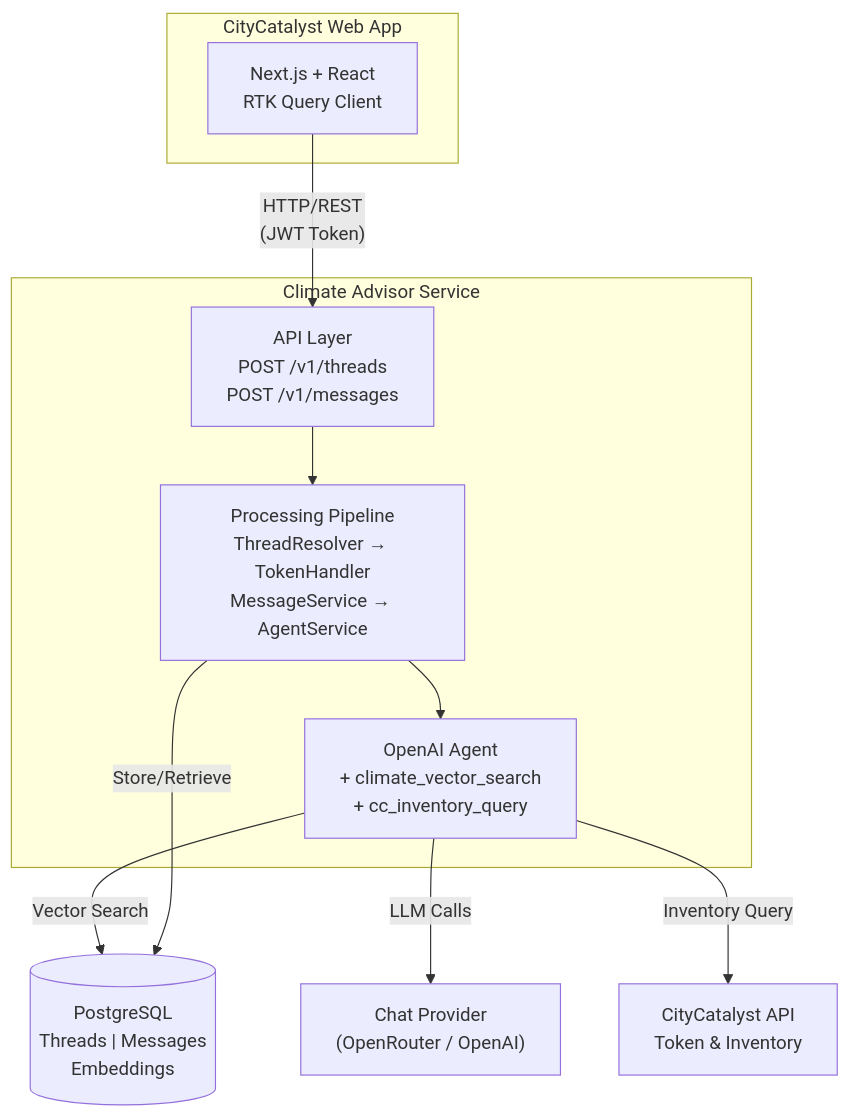
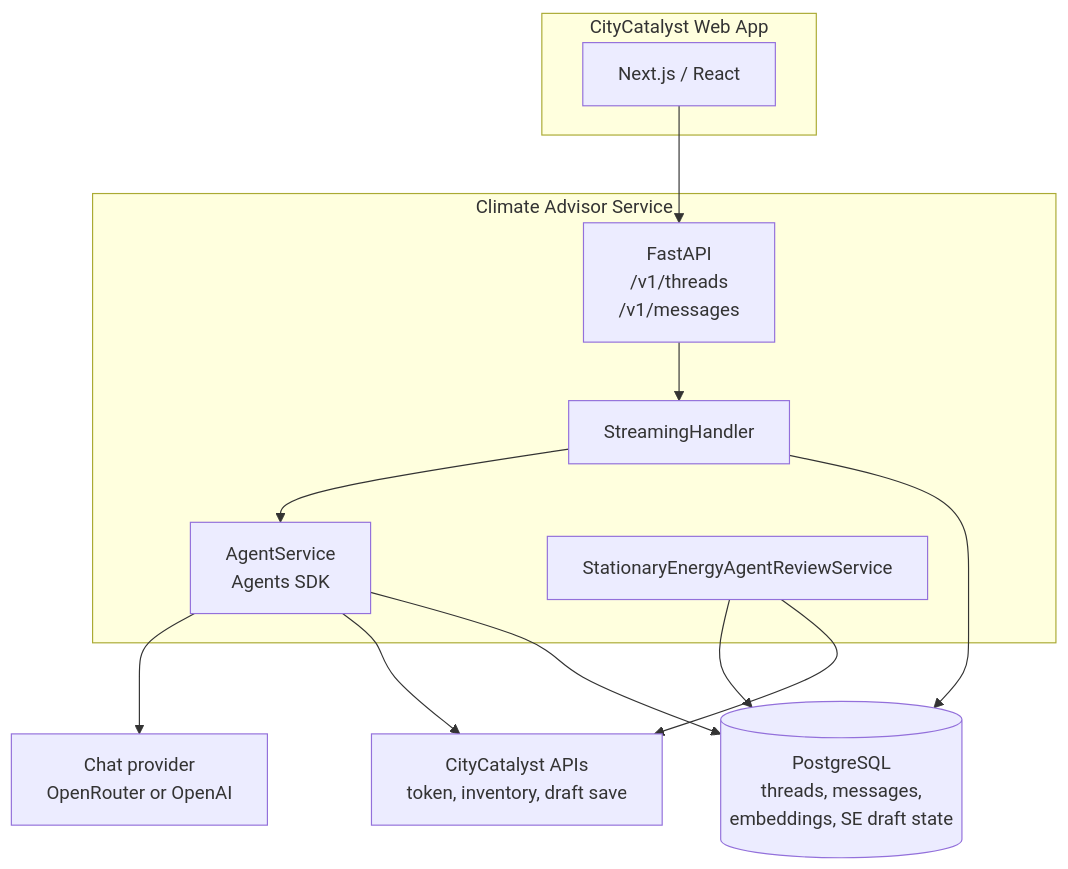
Before and after one commit to Open-Earth-Foundation/CityCatalyst: the first of 3 diagrams in climate-advisor/docs/architecture.md, drawn with Mermaid. The commit also changed other lines of this file and 32 other files, not shown here.

Commit message:
Make stationary energy drafts deterministic

````diff
--- a/climate-advisor/docs/architecture.md
+++ b/climate-advisor/docs/architecture.md
@@ -17,24 +21,27 @@
 ```mermaid
 flowchart TB
     subgraph Client["CityCatalyst Web App"]
-        UI["Next.js + React<br/>RTK Query Client"]
+        UI["Next.js / React"]
     end
 
     subgraph Service["Climate Advisor Service"]
-        API["API Layer<br/>POST /v1/threads<br/>POST /v1/messages"]
-        Pipeline["Processing Pipeline<br/>ThreadResolver → TokenHandler<br/>MessageService → AgentService"]
-        Agent["OpenAI Agent<br/>+ climate_vector_search<br/>+ cc_inventory_query"]
+        API["FastAPI<br/>/v1/threads<br/>/v1/messages"]
+        Stream["StreamingHandler"]
+        Agent["AgentService<br/>Agents SDK"]
+        Review["StationaryEnergyAgentReviewService"]
     end
 
-    DB[("PostgreSQL<br/>Threads | Messages<br/>Embeddings")]
-    LLM["Chat Provider<br/>(OpenRouter / OpenAI)"]
-    CC["CityCatalyst API<br/>Token & Inventory"]
+    DB[("PostgreSQL<br/>threads, messages,<br/>embeddings, SE draft state")]
+    LLM["Chat provider<br/>OpenRouter or OpenAI"]
+    CC["CityCatalyst APIs<br/>token, inventory, draft save"]
 
-    UI -->|"HTTP/REST<br/>(JWT Token)"| API
-    API --> Pipeline
-    Pipeline --> Agent
-    Agent -->|Vector Search| DB
-    Agent -->|LLM Calls| LLM
-    Agent -->|Inventory Query| CC
-    Pipeline -->|Store/Retrieve| DB
+    UI --> API
+    API --> Stream
+    Stream --> Agent
+    Stream --> DB
+    Agent --> LLM
+    Agent --> CC
+    Agent --> DB
+    Review --> DB
+    Review --> CC
 ```
````
